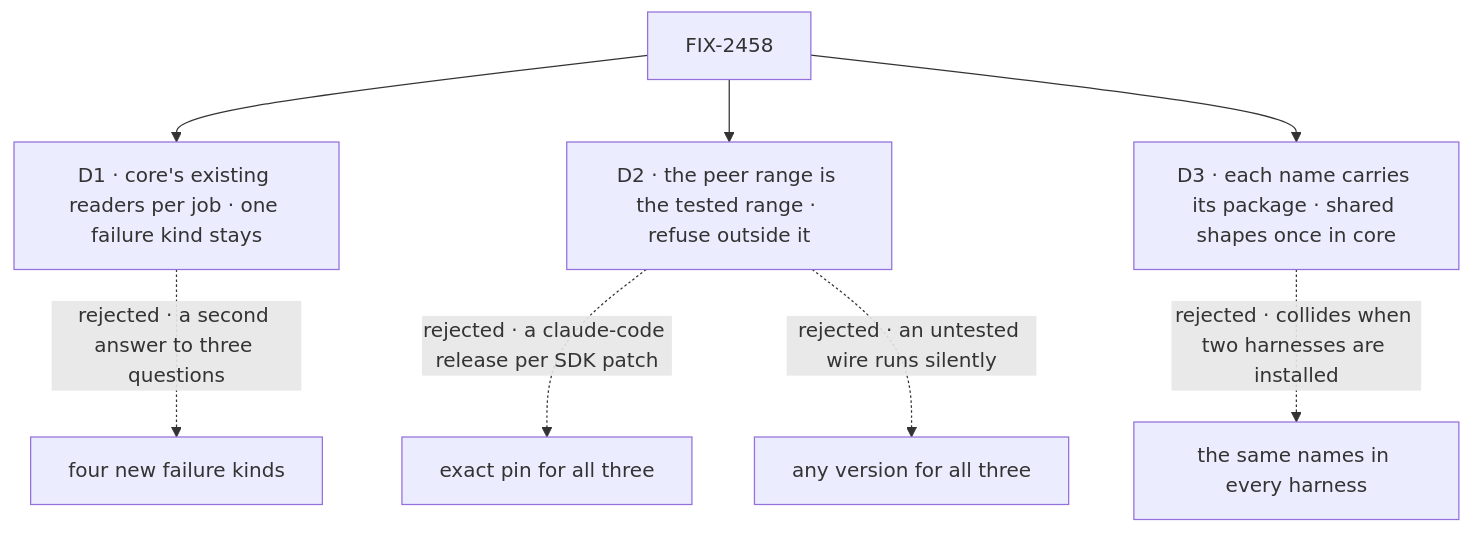
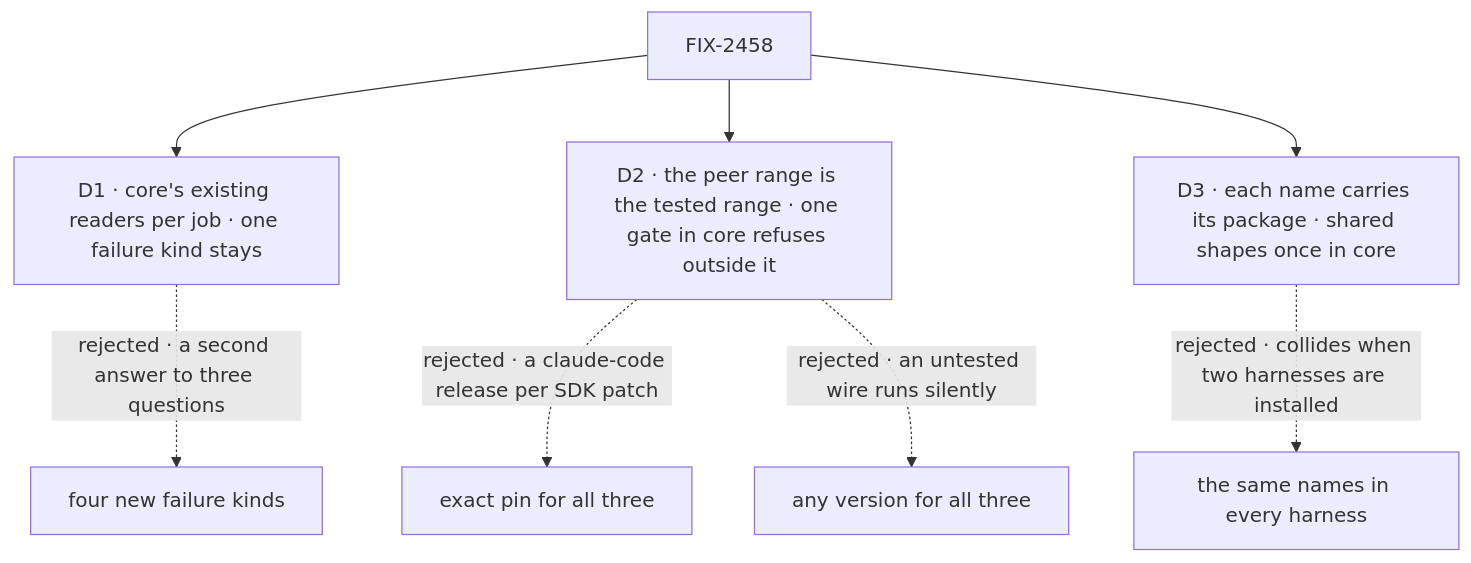
The diagram in specs/issues/FIX-2458/DECISIONS.md (fixpoint-labs/flow-state-dev), drawn with Mermaid before and after one commit. The commit also changed other lines of this file and 3 other files, not shown here.

````diff
--- a/specs/issues/FIX-2458/DECISIONS.md
+++ b/specs/issues/FIX-2458/DECISIONS.md
@@ -10,10 +10,10 @@
 ```mermaid
 flowchart TD
   I["FIX-2458"] --> D1["D1 · core's existing readers per job · one failure kind stays"]
   D1 -.->|"rejected · a second answer to three questions"| X1["four new failure kinds"]
-  I --> D2["D2 · the peer range is the tested range · refuse outside it"]
+  I --> D2["D2 · the peer range is the tested range · one gate in core refuses outside it"]
   D2 -.->|"rejected · a claude-code release per SDK patch"| X2["exact pin for all three"]
   D2 -.->|"rejected · an untested wire runs silently"| X3["any version for all three"]
   I --> D3["D3 · each name carries its package · shared shapes once in core"]
   D3 -.->|"rejected · collides when two harnesses are installed"| X4["the same names in every harness"]
 ```
````
